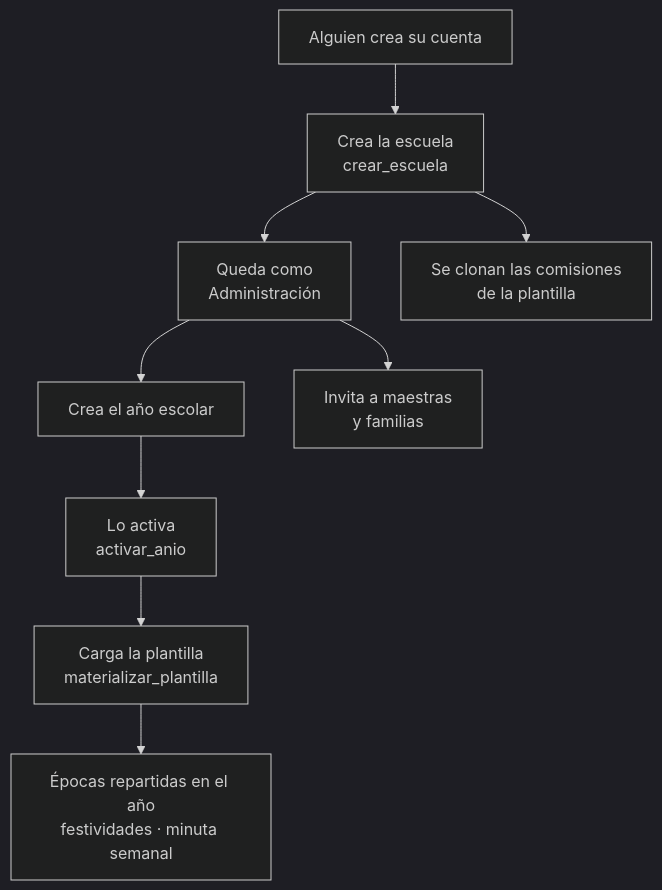
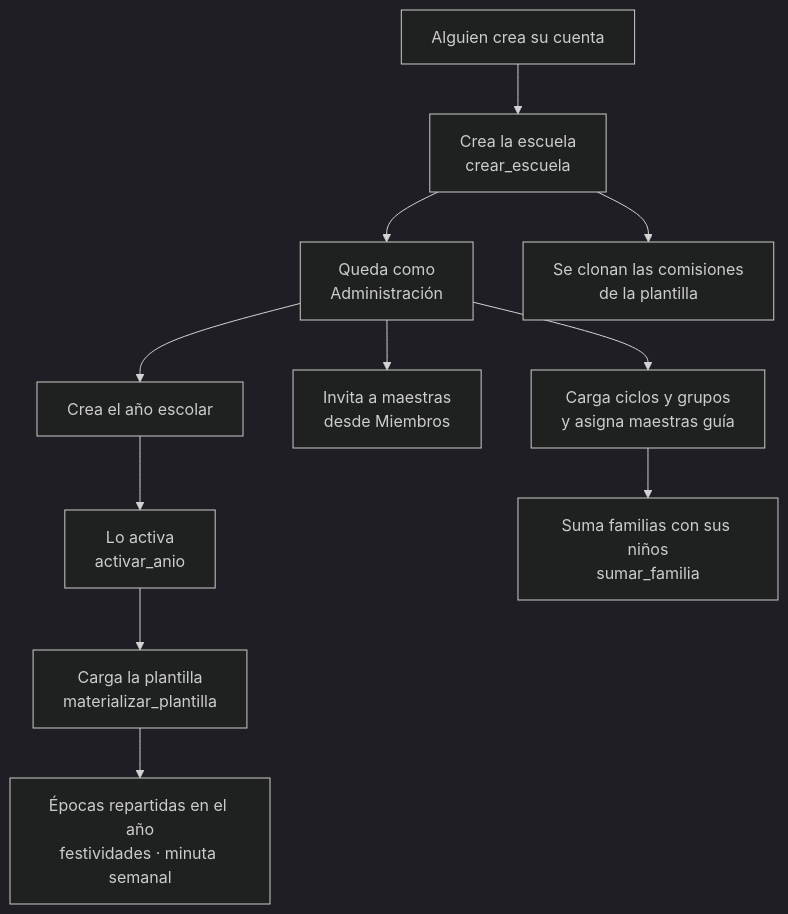
Before and after one commit to adolfoperezs/waldorf-app: the sixth of 8 diagrams in docs/MAPA.md, drawn with Mermaid (dark theme). The commit also changed other lines of this file and 94 other files, not shown here.

````diff
--- a/docs/MAPA.md
+++ b/docs/MAPA.md
@@ -234,11 +265,13 @@
 ```mermaid
 flowchart TB
     A["Alguien crea su cuenta"] --> B["Crea la escuela<br/>crear_escuela"]
     B --> C["Queda como<br/>Administración"]
     B --> D["Se clonan las comisiones<br/>de la plantilla"]
     C --> E["Crea el año escolar"]
     E --> F["Lo activa<br/>activar_anio"]
     F --> G["Carga la plantilla<br/>materializar_plantilla"]
     G --> H["Épocas repartidas en el año<br/>festividades · minuta semanal"]
-    C --> I["Invita a maestras<br/>y familias"]
+    C --> I["Invita a maestras<br/>desde Miembros"]
+    C --> J["Carga ciclos y grupos<br/>y asigna maestras guía"]
+    J --> K["Suma familias con sus niños<br/>sumar_familia"]
 ```
````
